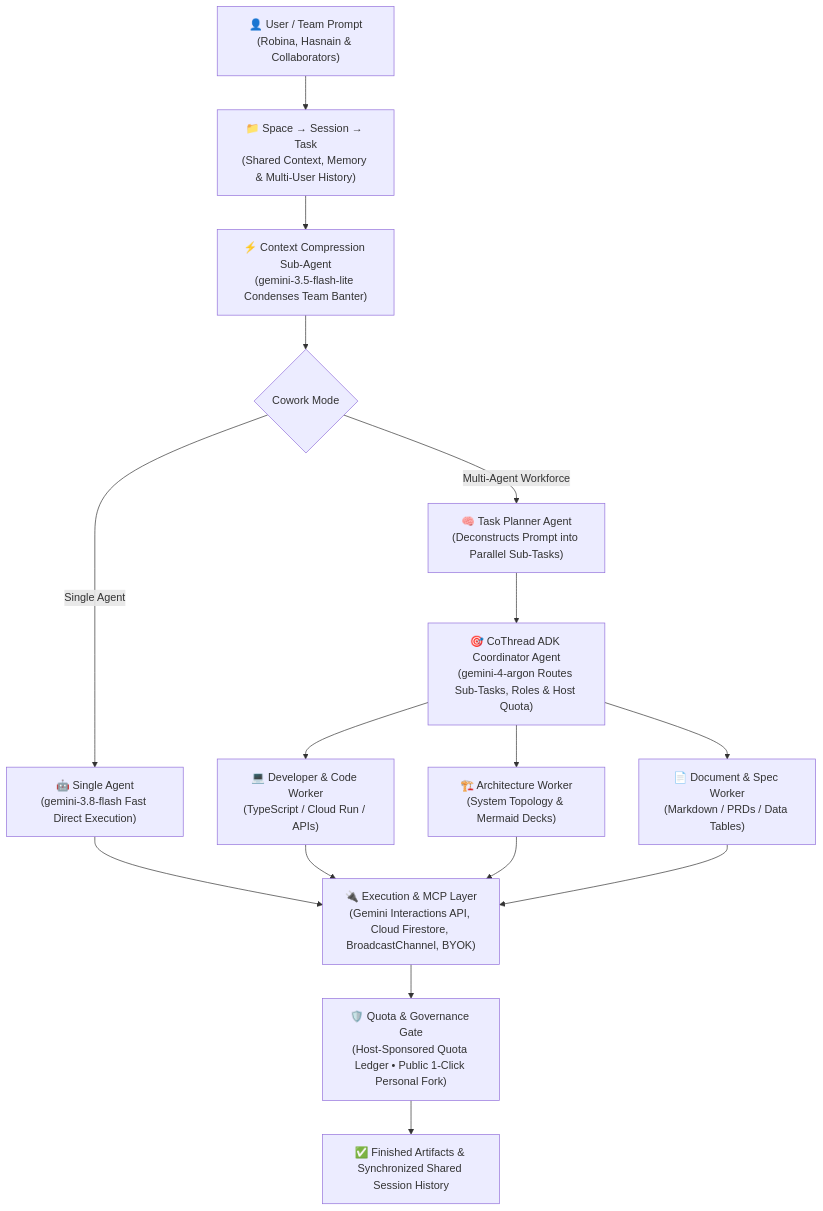
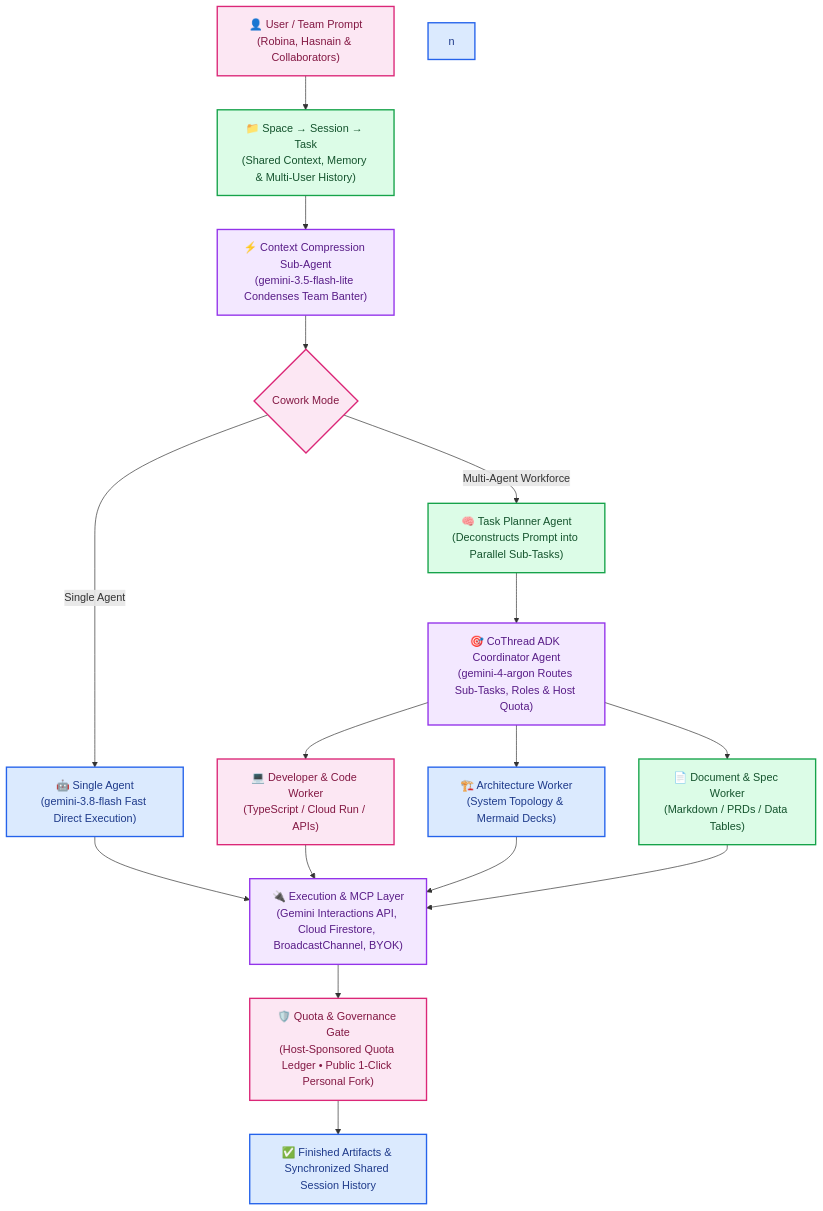
The third of 3 diagrams in README.md (RobinaMirbahar/CoThread), drawn with Mermaid before and after one commit. The commit also changed other lines of this file, not shown here.

Commit message:
docs: add 3-line Author & Companion Publication header, color-coded Mermaid diagram, and remove repetitive footer

````diff
--- a/README.md
+++ b/README.md
@@ -147,21 +178,35 @@
 ```mermaid
 flowchart TD
     User["👤 User / Team Prompt\n(Robina, Hasnain & Collaborators)"] --> Space["📁 Space → Session → Task\n(Shared Context, Memory & Multi-User History)"]
     Space --> Compress["⚡ Context Compression Sub-Agent\n(gemini-3.5-flash-lite Condenses Team Banter)"]
     Compress --> Mode{"Cowork Mode"}
 
     Mode -->|Single Agent| Single["🤖 Single Agent\n(gemini-3.8-flash Fast Direct Execution)"]
     Mode -->|Multi-Agent Workforce| Planner["🧠 Task Planner Agent\n(Deconstructs Prompt into Parallel Sub-Tasks)"]
 
     Planner --> Coordinator["🎯 CoThread ADK Coordinator Agent\n(gemini-4-argon Routes Sub-Tasks, Roles & Host Quota)"]
 
     Coordinator --> W1["💻 Developer & Code Worker\n(TypeScript / Cloud Run / APIs)"]
     Coordinator --> W2["🏗️ Architecture Worker\n(System Topology & Mermaid Decks)"]
     Coordinator --> W3["📄 Document & Spec Worker\n(Markdown / PRDs / Data Tables)"]
 
     Single --> Tools["🔌 Execution & MCP Layer\n(Gemini Interactions API, Cloud Firestore, BroadcastChannel, BYOK)"]
     W1 & W2 & W3 --> Tools
 
     Tools --> HITL["🛡️ Quota & Governance Gate\n(Host-Sponsored Quota Ledger • Public 1-Click Personal Fork)"]
     HITL --> Output["✅ Finished Artifacts & Synchronized Shared Session History"]
+    style User fill:#fce7f3,stroke:#db2777,stroke-width:2px,color:#831843
+    style n fill:#dbeafe,stroke:#2563eb,stroke-width:2px,color:#1e3a8a
+    style Space fill:#dcfce7,stroke:#16a34a,stroke-width:2px,color:#14532d
+    style Compress fill:#f3e8ff,stroke:#9333ea,stroke-width:2px,color:#581c87
+    style Mode fill:#fce7f3,stroke:#db2777,stroke-width:2px,color:#831843
+    style Single fill:#dbeafe,stroke:#2563eb,stroke-width:2px,color:#1e3a8a
+    style Planner fill:#dcfce7,stroke:#16a34a,stroke-width:2px,color:#14532d
+    style Coordinator fill:#f3e8ff,stroke:#9333ea,stroke-width:2px,color:#581c87
+    style W1 fill:#fce7f3,stroke:#db2777,stroke-width:2px,color:#831843
+    style W2 fill:#dbeafe,stroke:#2563eb,stroke-width:2px,color:#1e3a8a
+    style W3 fill:#dcfce7,stroke:#16a34a,stroke-width:2px,color:#14532d
+    style Tools fill:#f3e8ff,stroke:#9333ea,stroke-width:2px,color:#581c87
+    style HITL fill:#fce7f3,stroke:#db2777,stroke-width:2px,color:#831843
+    style Output fill:#dbeafe,stroke:#2563eb,stroke-width:2px,color:#1e3a8a
 ```
````
